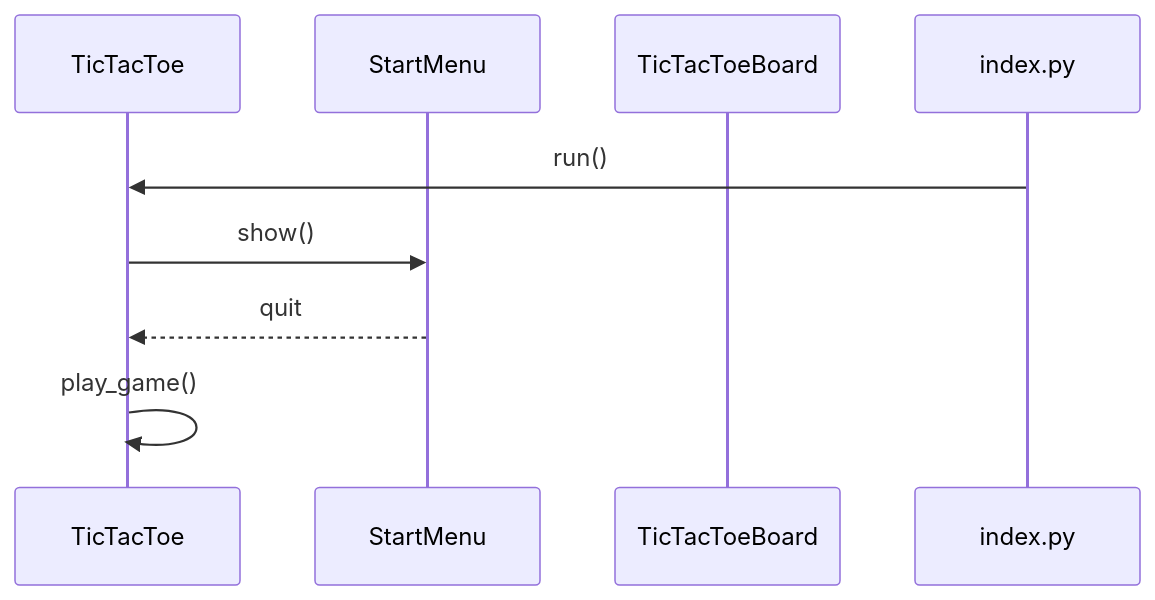
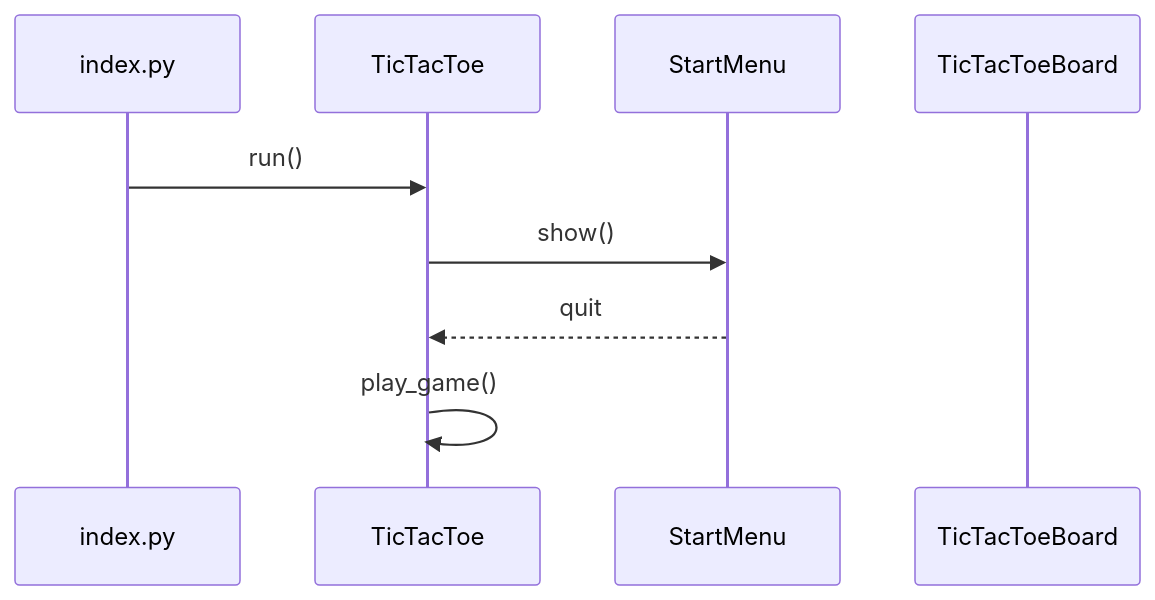
Before and after one commit to TatuSorjonen/ot-harjoitustyo: the fourth of 4 diagrams in maarittelydokumentti/arkkitehtuuri.md, drawn with Mermaid.

````diff
--- a/maarittelydokumentti/arkkitehtuuri.md
+++ b/maarittelydokumentti/arkkitehtuuri.md
@@ -137,11 +137,12 @@
 ```mermaid
 sequenceDiagram
+  participant index.py
   participant TicTacToe
   participant StartMenu
   participant TicTacToeBoard
   index.py->> TicTacToe: run()
   TicTacToe->> StartMenu: show()
   StartMenu-->> TicTacToe: quit
   TicTacToe->> TicTacToe: play_game()
   
 ```
````
